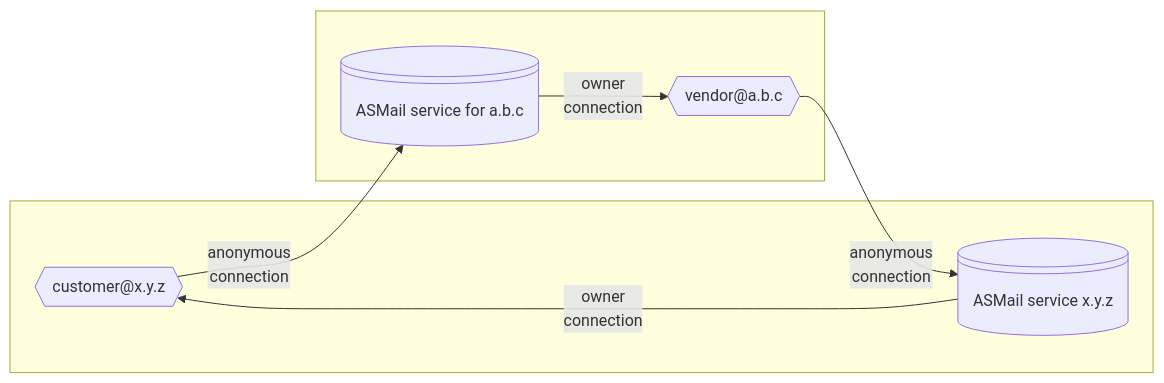
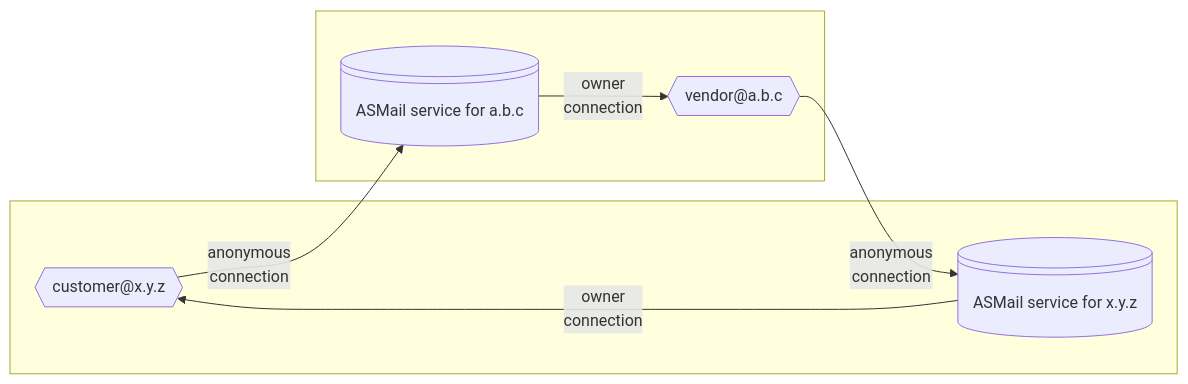
One commit to 3nsoft/spec-server changed the diagram in README.md. Above: the diagram before and after it, drawn with Mermaid. The commit also changed 3 other files, not shown here.

````diff
--- a/README.md
+++ b/README.md
@@ -37,11 +37,11 @@
 ```mermaid
 flowchart LR
 	C@{ shape: hex, label: "customer#64;x.y.z" } -- anonymous <br> connection --> VS@{ shape: lin-cyl, label: "ASMail service for a.b.c" }
-	V@{ shape: hex, label: "vendor#64;a.b.c" } -- anonymous <br> connection --> CS@{ shape: lin-cyl, label: "ASMail service x.y.z" }
+	V@{ shape: hex, label: "vendor#64;a.b.c" } -- anonymous <br> connection --> CS@{ shape: lin-cyl, label: "ASMail service for x.y.z" }
 	subgraph cg[" "]
 		CS -- owner <br> connection --> C
 	end
 	subgraph vg[" "]
 		VS -- owner <br> connection --> V
 	end
 ```
````
